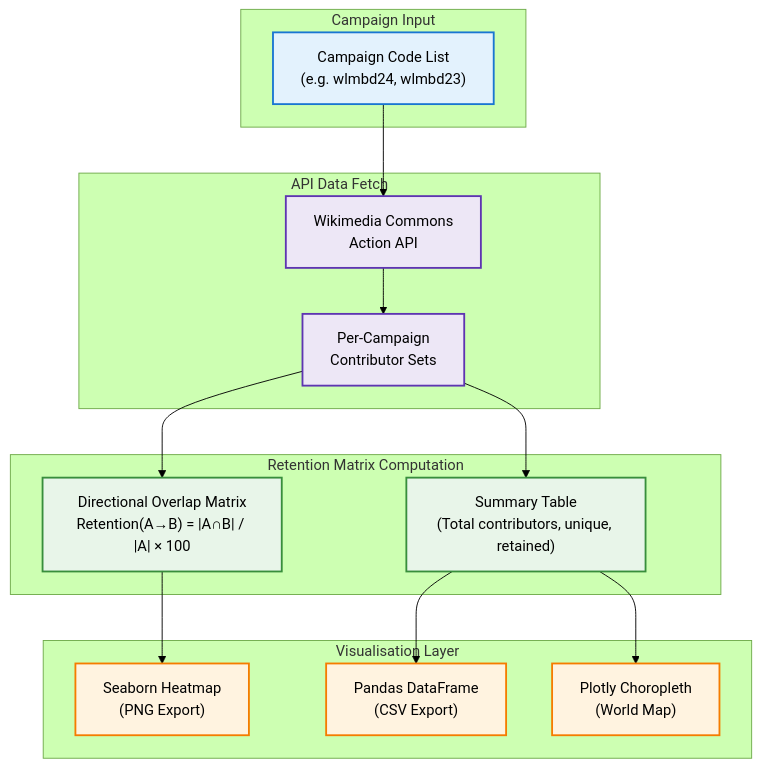
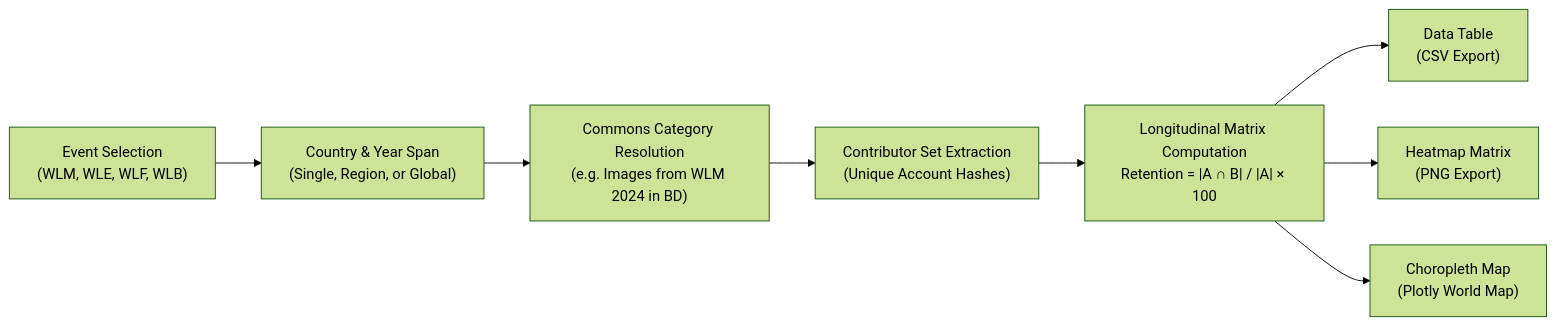
Before and after one commit to TanvirSdq/CampAnalytics: the diagram in README.md, drawn with Mermaid (forest theme). The commit also changed other lines of this file and 6 other files, not shown here.

````diff
--- a/README.md
+++ b/README.md
@@ -113,39 +94,10 @@
 ```mermaid
-flowchart TD
-    subgraph Input["Campaign Input"]
-        CODES["Campaign Code List\n(e.g. wlmbd24, wlmbd23)"]
-    end
-
-    subgraph Fetch["API Data Fetch"]
-        WIKI["Wikimedia Commons\nAction API"]
-        SETS["Per-Campaign\nContributor Sets"]
-    end
-
-    subgraph Compute["Retention Matrix Computation"]
-        MATRIX["Directional Overlap Matrix\nRetention(A→B) = |A∩B| / |A| × 100"]
-        SUMMARY["Summary Table\n(Total contributors, unique, retained)"]
-    end
-
-    subgraph Visualise["Visualisation Layer"]
-        HEAT["Seaborn Heatmap\n(PNG Export)"]
-        TABLE["Pandas DataFrame\n(CSV Export)"]
-        MAP["Plotly Choropleth\n(World Map)"]
-    end
-
-    CODES --> WIKI
-    WIKI --> SETS
-    SETS --> MATRIX
-    SETS --> SUMMARY
-    MATRIX --> HEAT
-    SUMMARY --> TABLE
-    SUMMARY --> MAP
-
-    classDef input fill:#e3f2fd,stroke:#1976d2,stroke-width:2px;
-    classDef fetch fill:#ede7f6,stroke:#5e35b1,stroke-width:2px;
-    classDef compute fill:#e8f5e9,stroke:#388e3c,stroke-width:2px;
-    classDef viz fill:#fff3e0,stroke:#f57c00,stroke-width:2px;
-    class CODES input;
-    class WIKI,SETS fetch;
-    class MATRIX,SUMMARY compute;
-    class HEAT,TABLE,MAP viz;
+flowchart LR
+    A["Event Selection\n(WLM, WLE, WLF, WLB)"] --> B["Country & Year Span\n(Single, Region, or Global)"]
+    B --> C["Commons Category Resolution\n(e.g. Images from WLM 2024 in BD)"]
+    C --> D["Contributor Set Extraction\n(Unique Account Hashes)"]
+    D --> E["Longitudinal Matrix Computation\nRetention = |A ∩ B| / |A| × 100"]
+    E --> F["Data Table\n(CSV Export)"]
+    E --> G["Heatmap Matrix\n(PNG Export)"]
+    E --> H["Choropleth Map\n(Plotly World Map)"]
 ```
````
